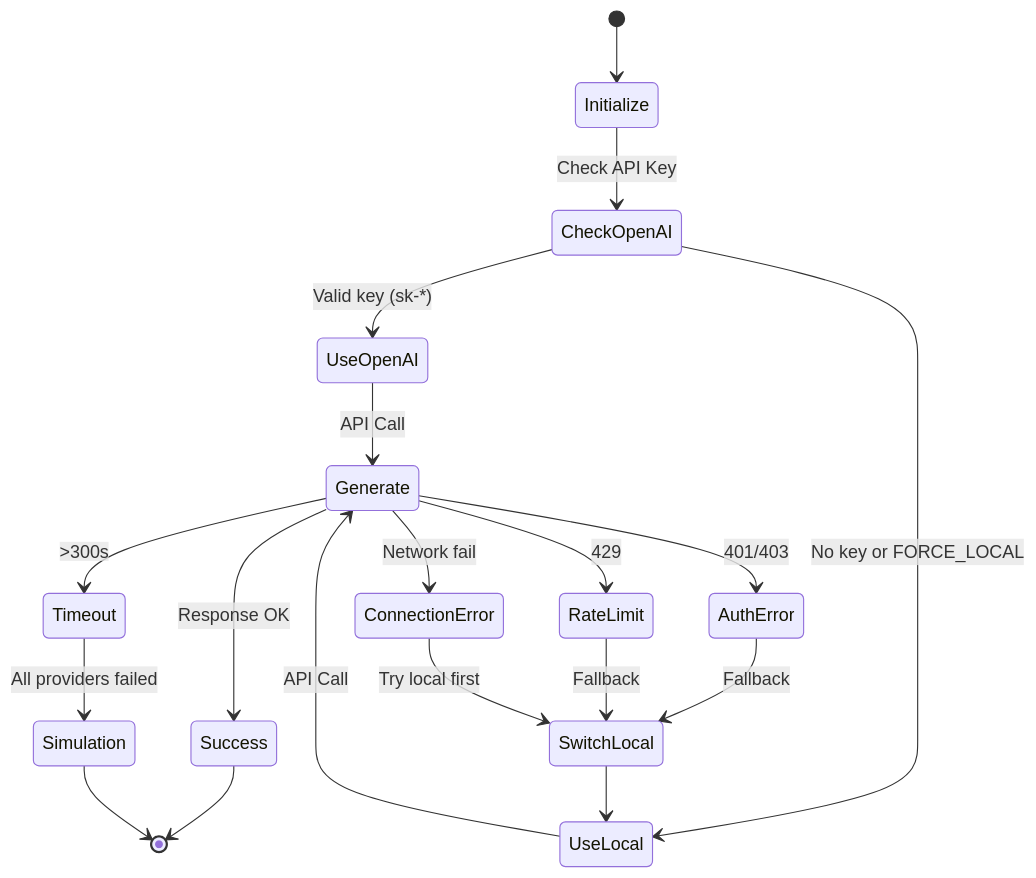
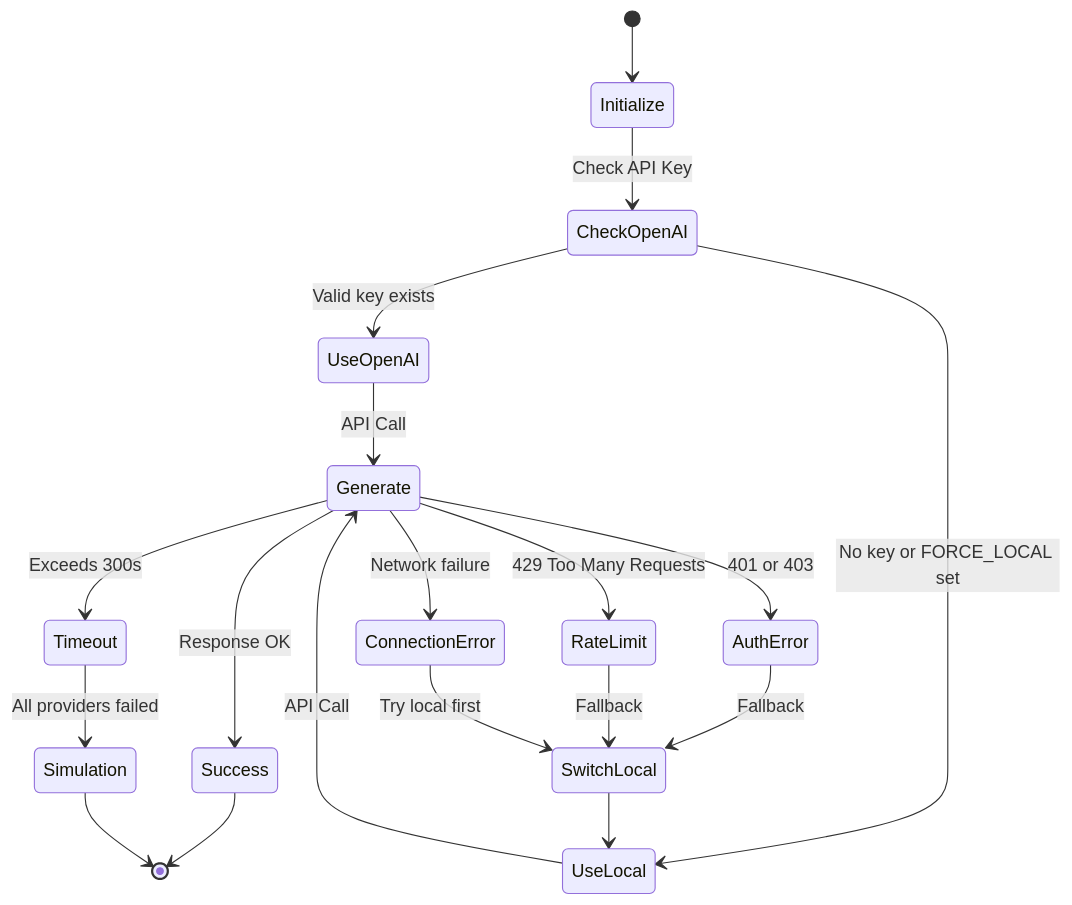
One commit to mikenk2010/COSC3009-Intelligent-Decision-Making-Advanced-IDM-Algorithm-Design changed diagram 12 of 22 in README.md. Above: the diagram before and after it, drawn with Mermaid. The commit also changed other lines of this file and 1 other file, not shown here.

````diff
--- a/README.md
+++ b/README.md
@@ -393,27 +504,27 @@
 ```mermaid
 stateDiagram-v2
     [*] --> Initialize
     Initialize --> CheckOpenAI: Check API Key
 
-    CheckOpenAI --> UseOpenAI: Valid key (sk-*)
-    CheckOpenAI --> UseLocal: No key or FORCE_LOCAL
+    CheckOpenAI --> UseOpenAI: Valid key exists
+    CheckOpenAI --> UseLocal: No key or FORCE_LOCAL set
 
     UseOpenAI --> Generate: API Call
     UseLocal --> Generate: API Call
 
     Generate --> Success: Response OK
-    Generate --> AuthError: 401/403
-    Generate --> RateLimit: 429
-    Generate --> Timeout: >300s
-    Generate --> ConnectionError: Network fail
+    Generate --> AuthError: 401 or 403
+    Generate --> RateLimit: 429 Too Many Requests
+    Generate --> Timeout: Exceeds 300s
+    Generate --> ConnectionError: Network failure
 
     AuthError --> SwitchLocal: Fallback
     RateLimit --> SwitchLocal: Fallback
     Timeout --> Simulation: All providers failed
     ConnectionError --> SwitchLocal: Try local first
 
     SwitchLocal --> UseLocal
 
     Success --> [*]
     Simulation --> [*]
 ```
````
